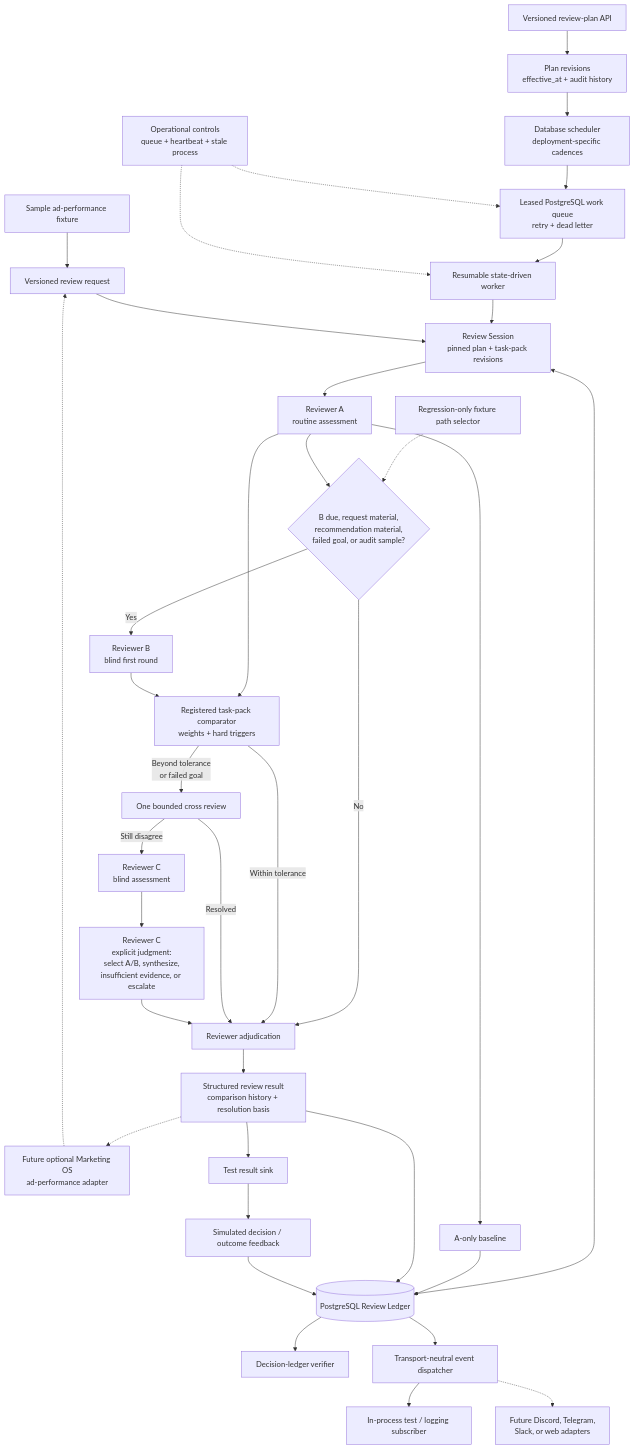
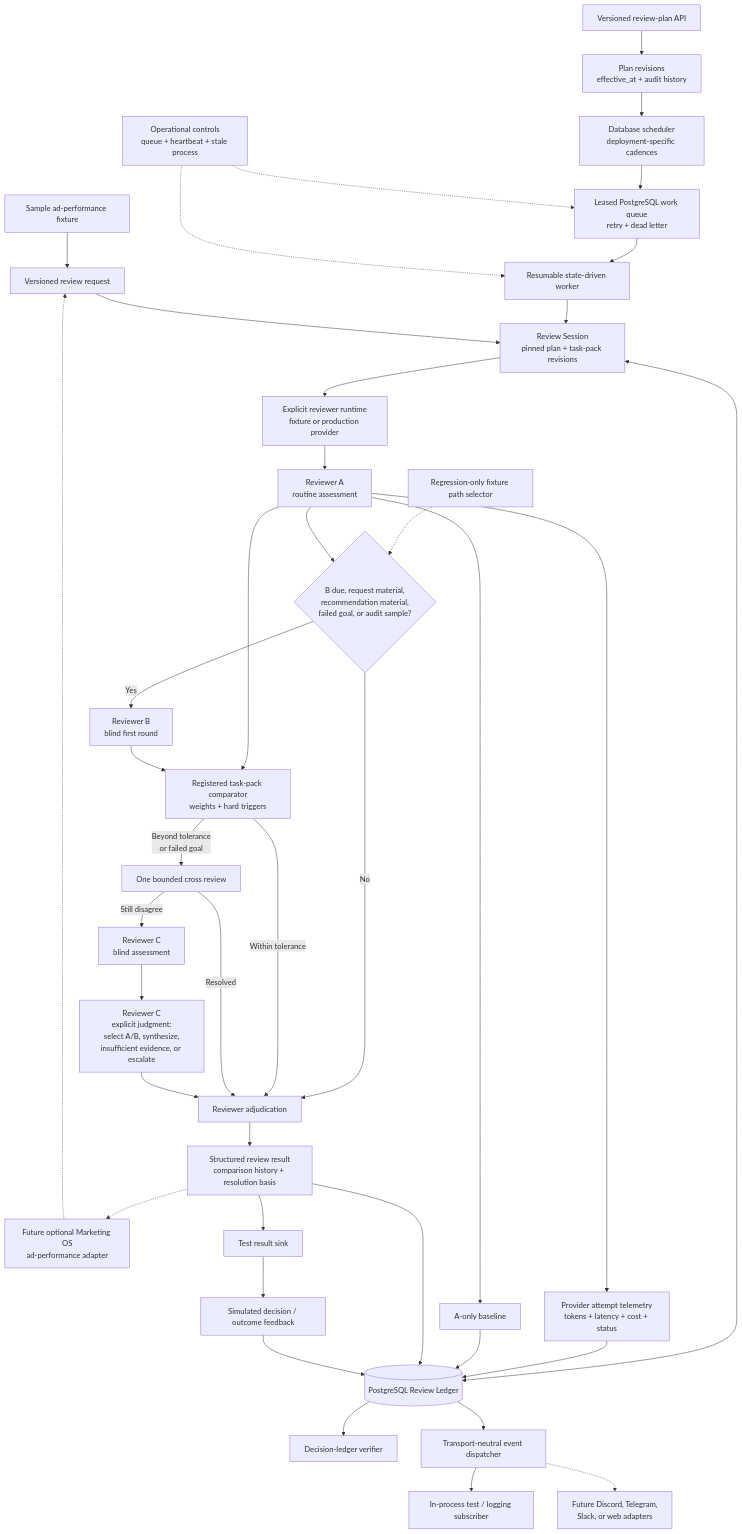
Before and after one commit to 0xZanderPander/CONCLAVE: the diagram in MVP_architecture_flow.mmd, drawn with Mermaid. The commit also changed 33 other files, not shown here.

Commit message:
Implement Phase 3 reviewer provider boundary

```diff
--- a/MVP_architecture_flow.mmd
+++ b/MVP_architecture_flow.mmd
@@ -1,39 +1,42 @@
 flowchart TB
     Fixture["Sample ad-performance fixture"] --> Request["Versioned review request"]
     FutureMarketing["Future optional Marketing OS<br/>ad-performance adapter"] -.-> Request
     PlanAPI["Versioned review-plan API"] --> Plans["Plan revisions<br/>effective_at + audit history"]
     Plans --> Scheduler["Database scheduler<br/>deployment-specific cadences"]
     Scheduler --> Queue["Leased PostgreSQL work queue<br/>retry + dead letter"]
     Queue --> Worker["Resumable state-driven worker"]
     Worker --> Session["Review Session<br/>pinned plan + task-pack revisions"]
     Request --> Session
     Session <--> Ledger[("PostgreSQL Review Ledger")]
     Ops["Operational controls<br/>queue + heartbeat + stale process"] -.-> Queue
     Ops -.-> Worker
     FixturePath["Regression-only fixture path selector"] -.-> Expand
 
-    Session --> A["Reviewer A<br/>routine assessment"]
+    Session --> Runtime["Explicit reviewer runtime<br/>fixture or production provider"]
+    Runtime --> A["Reviewer A<br/>routine assessment"]
+    A --> ProviderTelemetry["Provider attempt telemetry<br/>tokens + latency + cost + status"]
+    ProviderTelemetry --> Ledger
     A --> Baseline["A-only baseline"]
     Baseline --> Ledger
     A --> Expand{"B due, request material,<br/>recommendation material,<br/>failed goal, or audit sample?"}
     Expand -->|"No"| Resolve["Reviewer adjudication"]
     Expand -->|"Yes"| B["Reviewer B<br/>blind first round"]
     A --> Compare["Registered task-pack comparator<br/>weights + hard triggers"]
     B --> Compare
     Compare -->|"Within tolerance"| Resolve
     Compare -->|"Beyond tolerance<br/>or failed goal"| Cross["One bounded cross review"]
     Cross -->|"Resolved"| Resolve
     Cross -->|"Still disagree"| CBlind["Reviewer C<br/>blind assessment"]
     CBlind --> CJudge["Reviewer C<br/>explicit judgment:<br/>select A/B, synthesize,<br/>insufficient evidence, or escalate"]
     CJudge --> Resolve
 
     Resolve --> Result["Structured review result<br/>comparison history + resolution basis"]
     Result --> Ledger
     Ledger --> Audit["Decision-ledger verifier"]
     Ledger --> Dispatcher["Transport-neutral event dispatcher"]
     Dispatcher --> TestSubscriber["In-process test / logging subscriber"]
     Dispatcher -.-> FutureTransports["Future Discord, Telegram,<br/>Slack, or web adapters"]
     Result --> TestSink["Test result sink"]
     TestSink --> Feedback["Simulated decision / outcome feedback"]
     Result -.-> FutureMarketing
     Feedback --> Ledger
```
